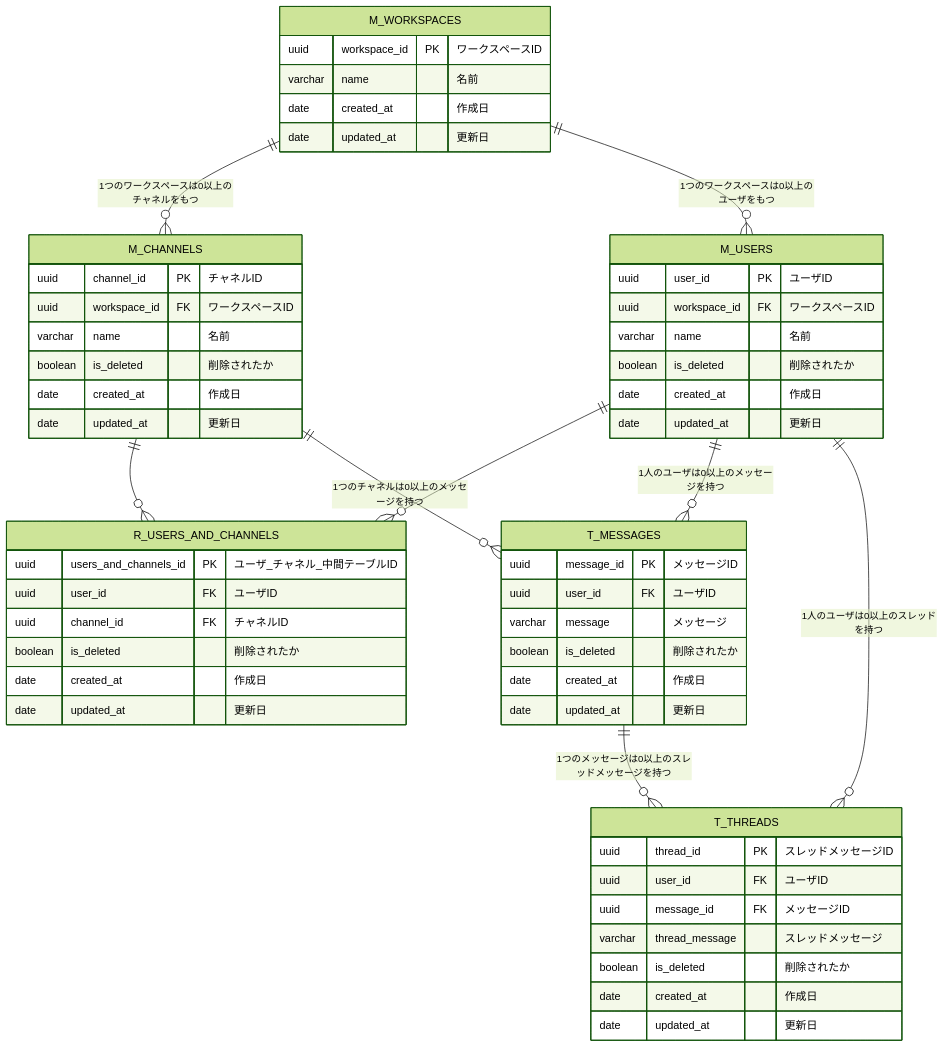
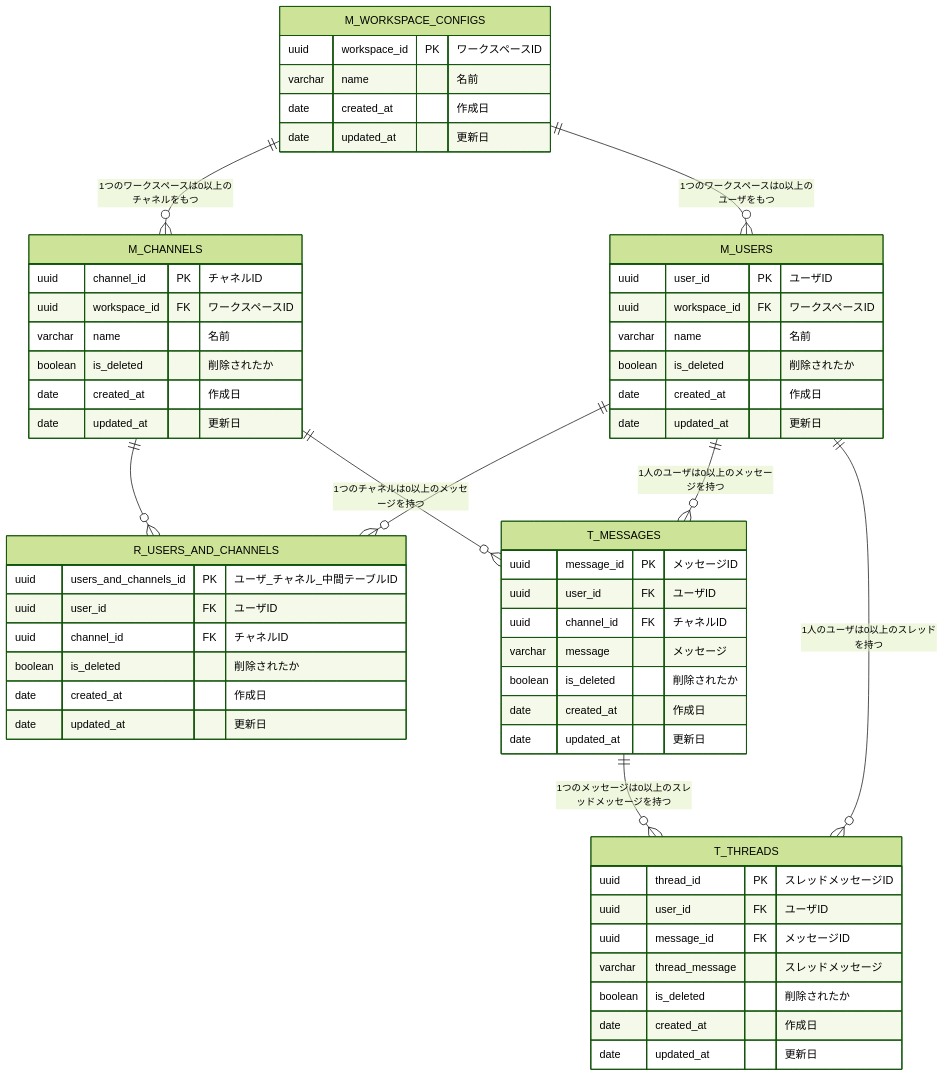
The diagram in F0yWy8HaLlWoST/01_データベース設計/02_DBモデリング2/kadai_01.md (praha-inc/praha-challenge-7), drawn with Mermaid (forest theme) before and after one commit.

Commit message:
fix: workspace configs

````diff
--- a/F0yWy8HaLlWoST/01_データベース設計/02_DBモデリング2/kadai_01.md
+++ b/F0yWy8HaLlWoST/01_データベース設計/02_DBモデリング2/kadai_01.md
@@ -3,65 +3,66 @@
 ```mermaid
 erDiagram
 
-  M_WORKSPACES {
+  M_WORKSPACE_CONFIGS {
     uuid workspace_id PK "ワークスペースID"
     varchar name "<Not null> 名前"
     date created_at "<Not null> 作成日"
     date updated_at "更新日"
   }
 
   M_USERS {
     uuid user_id PK "ユーザID"
     uuid workspace_id FK "<Not null> ワークスペースID"
     varchar name "<Not null> 名前"
     boolean is_deleted "<Not null> 削除されたか"
     date created_at "<Not null> 作成日"
     date updated_at "更新日"
   }
 
   M_CHANNELS {
     uuid channel_id PK "チャネルID"
     uuid workspace_id FK "<Not null> ワークスペースID"
     varchar name "<Not null> 名前"
     boolean is_deleted "<Not null> 削除されたか"
     date created_at "<Not null> 作成日"
     date updated_at "更新日"
   }
 
   R_USERS_AND_CHANNELS {
     uuid users_and_channels_id PK "ユーザ_チャネル_中間テーブルID"
     uuid user_id FK "<Not null> ユーザID"
     uuid channel_id FK "<Not null> チャネルID"
     boolean is_deleted "<Not null> 削除されたか"
     date created_at "<Not null> 作成日"
     date updated_at "更新日"
   }
 
   T_MESSAGES {
     uuid message_id PK "メッセージID"
     uuid user_id FK "<Not null> ユーザID"
+    uuid channel_id FK "<Not null> チャネルID"
     varchar message "<Not null> メッセージ"
     boolean is_deleted "<Not null> 削除されたか"
     date created_at "<Not null> 作成日"
     date updated_at "更新日"
   }
 
   T_THREADS {
     uuid thread_id PK "スレッドメッセージID"
     uuid user_id FK "<Not null> ユーザID"
     uuid message_id FK "<Not null> メッセージID"
     varchar thread_message "<Not null> スレッドメッセージ"
     boolean is_deleted "<Not null> 削除されたか"
     date created_at "<Not null> 作成日"
     date updated_at "更新日"
   }
 
-  M_WORKSPACES ||--o{ M_CHANNELS: "1つのワークスペースは0以上のチャネルをもつ"
-  M_WORKSPACES ||--o{ M_USERS: "1つのワークスペースは0以上のユーザをもつ"
+  M_WORKSPACE_CONFIGS ||--o{ M_CHANNELS: "1つのワークスペースは0以上のチャネルをもつ"
+  M_WORKSPACE_CONFIGS ||--o{ M_USERS: "1つのワークスペースは0以上のユーザをもつ"
   M_USERS ||--o{ R_USERS_AND_CHANNELS: ""
   M_CHANNELS ||--o{ R_USERS_AND_CHANNELS: ""
   M_CHANNELS ||--o{ T_MESSAGES: "1つのチャネルは0以上のメッセージを持つ"
   M_USERS ||--o{ T_MESSAGES: "1人のユーザは0以上のメッセージを持つ"
   T_MESSAGES ||--o{ T_THREADS: "1つのメッセージは0以上のスレッドメッセージを持つ"
   M_USERS ||--o{ T_THREADS: "1人のユーザは0以上のスレッドを持つ"
 ```
````
